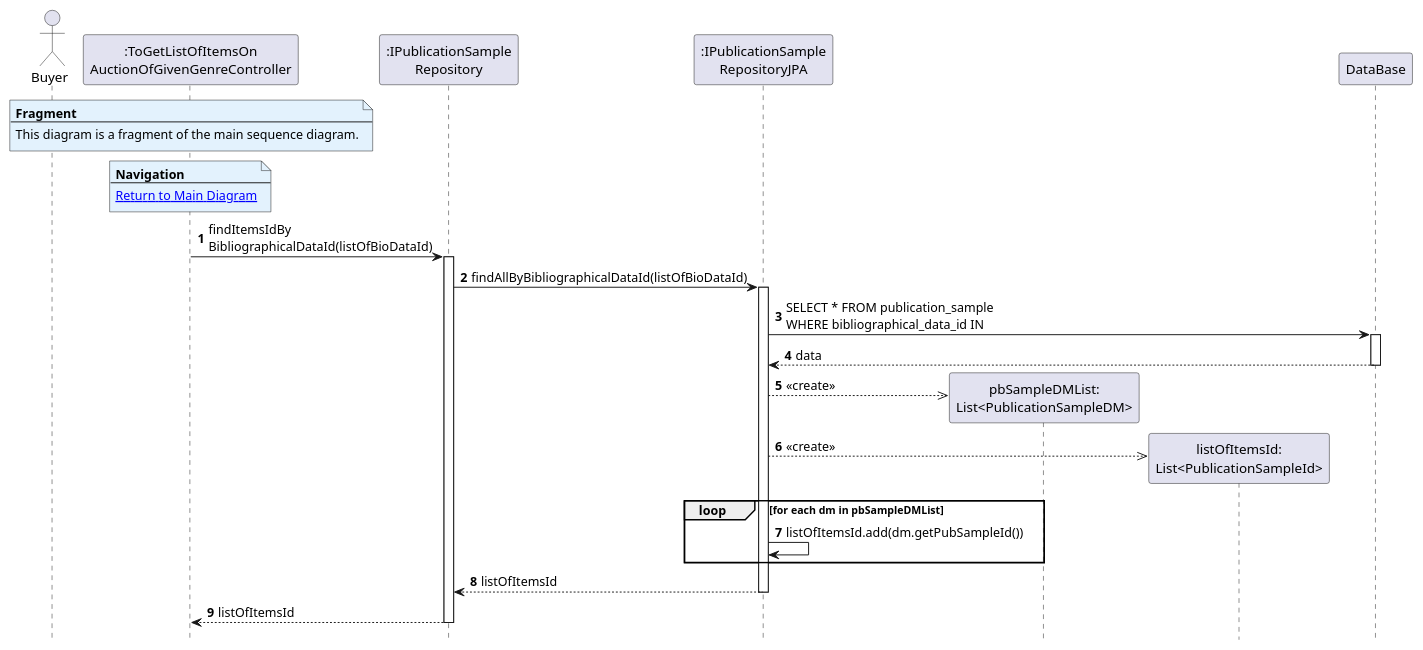
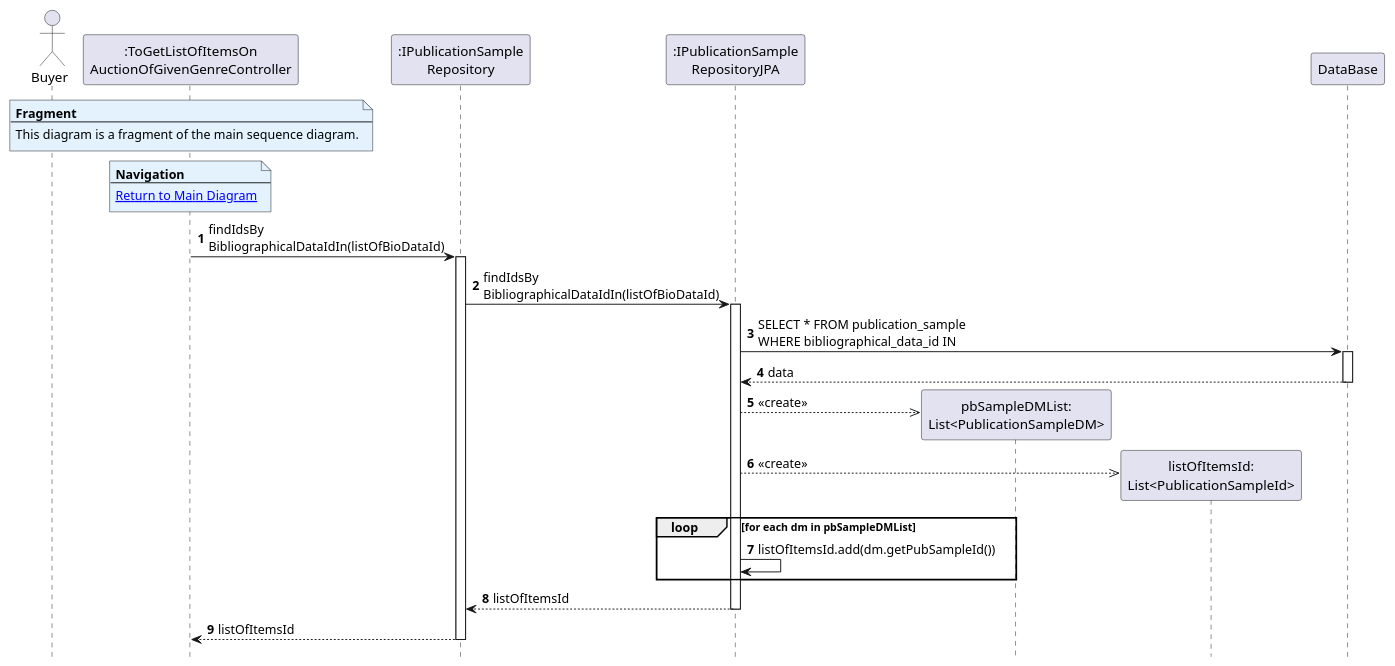
The diagram in Diagrams/SequenceDiagrams/N2/To-get-list-of-items-on-auction-of-a-given-genre/4.findItemsIdByBdId.puml (AndrePereiraGitH/SWitCH-Project-Team_A), drawn with PlantUML before and after one commit. The commit also changed 6 other files, not shown here.

```diff
--- a/Diagrams/SequenceDiagrams/N2/To-get-list-of-items-on-auction-of-a-given-genre/4.findItemsIdByBdId.puml
+++ b/Diagrams/SequenceDiagrams/N2/To-get-list-of-items-on-auction-of-a-given-genre/4.findItemsIdByBdId.puml
@@ -1,48 +1,48 @@
 @startuml
 autonumber
 hide footbox
 
 actor Buyer as User
 
 participant ":ToGetListOfItemsOn\nAuctionOfGivenGenreController" as Controller
 participant ":IPublicationSample\nRepository" as PubSampleRepo
 participant ":IPublicationSample\nRepositoryJPA" as PSJPA
 participant "pbSampleDMList:\nList<PublicationSampleDM>"
 participant "listOfItemsId:\nList<PublicationSampleId>"
 participant "DataBase" as DB
 
 note over Controller #E3F2FD
 <b>Fragment</b>
 ---
 This diagram is a fragment of the main sequence diagram.
 end note
 
 note over Controller #E3F2FD
 <b>Navigation</b>
 ---
 [[1.MainDiagram.puml Return to Main Diagram]]
 end note
 
-Controller -> PubSampleRepo : findItemsIdBy\nBibliographicalDataId(listOfBioDataId)
+Controller -> PubSampleRepo : findIdsBy\nBibliographicalDataIdIn(listOfBioDataId)
 activate PubSampleRepo
-PubSampleRepo -> PSJPA : findAllByBibliographicalDataId(listOfBioDataId)
+PubSampleRepo -> PSJPA : findIdsBy\nBibliographicalDataIdIn(listOfBioDataId)
 activate PSJPA
 PSJPA -> DB : SELECT * FROM publication_sample\nWHERE bibliographical_data_id IN
 activate DB
 DB --> PSJPA : data
 deactivate DB
 PSJPA -->> "pbSampleDMList:\nList<PublicationSampleDM>" ** : <<create>>
 PSJPA -->> "listOfItemsId:\nList<PublicationSampleId>" ** : <<create>>
 
 loop for each dm in pbSampleDMList
 PSJPA -> PSJPA : listOfItemsId.add(dm.getPubSampleId())
 end
 
 PSJPA --> PubSampleRepo : listOfItemsId
 deactivate PSJPA
 PubSampleRepo --> Controller : listOfItemsId
 deactivate PubSampleRepo
 
 
 
 @enduml
```
